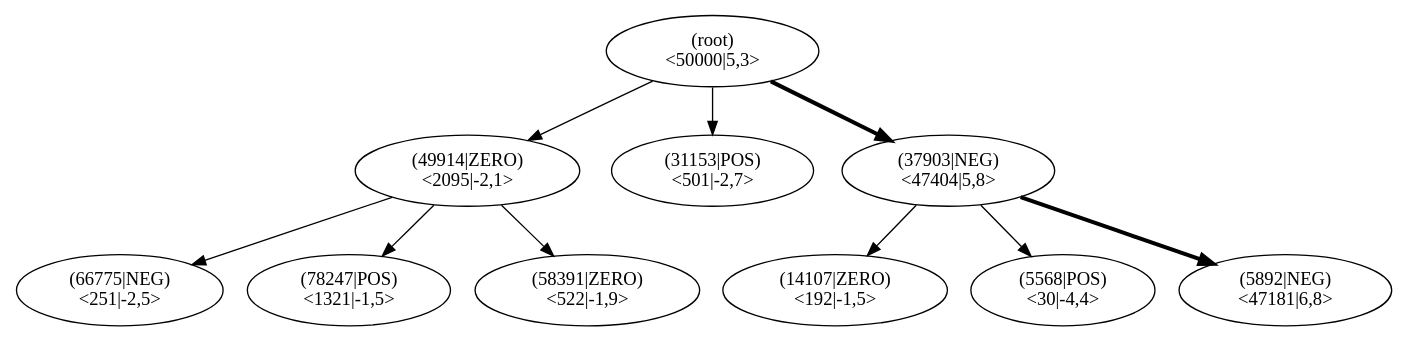
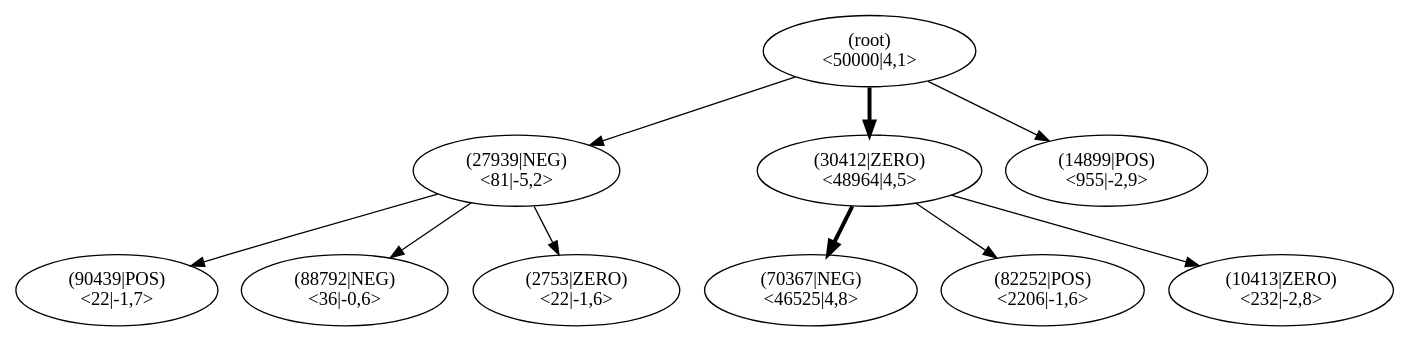
Before and after one commit to JonasHellgren/relexp-java: the diagram in pictures/ch13/lane_test_mcts.dot, drawn with Graphviz. The commit also changed 14 other files, not shown here.

```diff
--- a/pictures/ch13/lane_test_mcts.dot
+++ b/pictures/ch13/lane_test_mcts.dot
@@ -1,32 +1,32 @@
 digraph MCTS {
 node [shape=ellipse];
 Nroot [label="(root)
-<50000|5,3>"];
-Nroot -> N49914[penwidth=1];
-N49914 [label="(49914|ZERO)
-<2095|-2,1>"];
-N49914 -> N66775[penwidth=1];
-N66775 [label="(66775|NEG)
-<251|-2,5>"];
-N49914 -> N78247[penwidth=1];
-N78247 [label="(78247|POS)
-<1321|-1,5>"];
-N49914 -> N58391[penwidth=1];
-N58391 [label="(58391|ZERO)
-<522|-1,9>"];
-Nroot -> N31153[penwidth=1];
-N31153 [label="(31153|POS)
-<501|-2,7>"];
-Nroot -> N37903[penwidth=3];
-N37903 [label="(37903|NEG)
-<47404|5,8>"];
-N37903 -> N14107[penwidth=1];
-N14107 [label="(14107|ZERO)
-<192|-1,5>"];
-N37903 -> N5568[penwidth=1];
-N5568 [label="(5568|POS)
-<30|-4,4>"];
-N37903 -> N5892[penwidth=3];
-N5892 [label="(5892|NEG)
-<47181|6,8>"];
+<50000|4,1>"];
+Nroot -> N27939[penwidth=1];
+N27939 [label="(27939|NEG)
+<81|-5,2>"];
+N27939 -> N90439[penwidth=1];
+N90439 [label="(90439|POS)
+<22|-1,7>"];
+N27939 -> N88792[penwidth=1];
+N88792 [label="(88792|NEG)
+<36|-0,6>"];
+N27939 -> N2753[penwidth=1];
+N2753 [label="(2753|ZERO)
+<22|-1,6>"];
+Nroot -> N30412[penwidth=3];
+N30412 [label="(30412|ZERO)
+<48964|4,5>"];
+N30412 -> N70367[penwidth=3];
+N70367 [label="(70367|NEG)
+<46525|4,8>"];
+N30412 -> N82252[penwidth=1];
+N82252 [label="(82252|POS)
+<2206|-1,6>"];
+N30412 -> N10413[penwidth=1];
+N10413 [label="(10413|ZERO)
+<232|-2,8>"];
+Nroot -> N14899[penwidth=1];
+N14899 [label="(14899|POS)
+<955|-2,9>"];
 }
```
